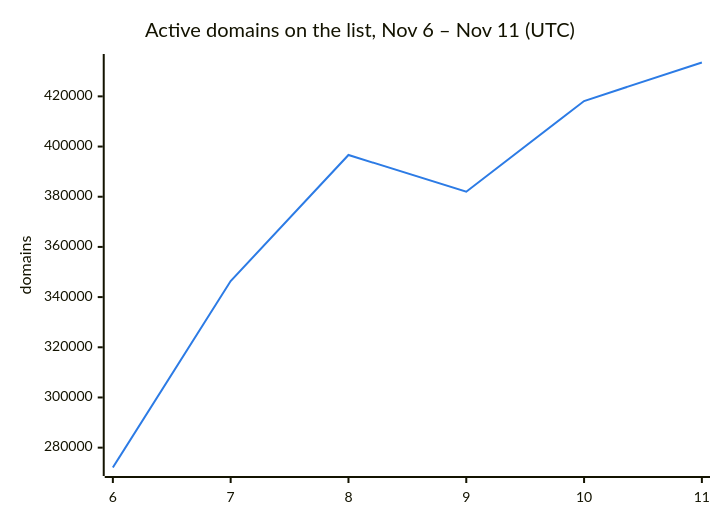
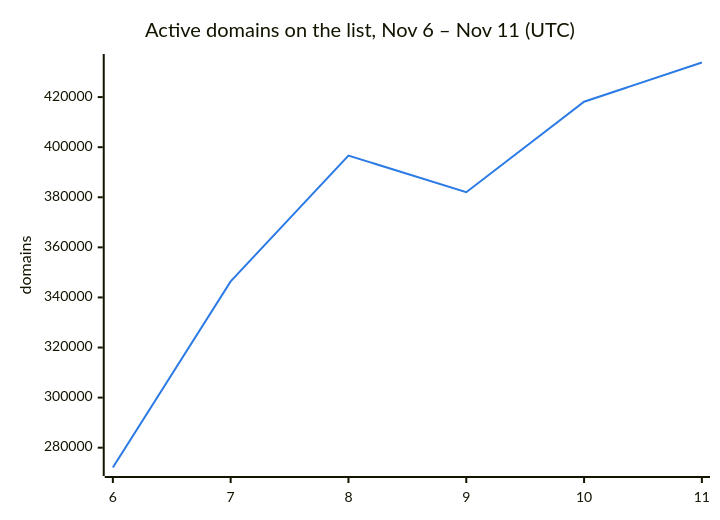
Before and after one commit to DNSBunker/CTI: the second of 3 diagrams in README.md, drawn with Mermaid. The commit also changed other lines of this file and 3 other files, not shown here.

````diff
--- a/README.md
+++ b/README.md
@@ -38,8 +38,8 @@
 ```mermaid
 %%{init: {"themeVariables": {"xyChart": {"plotColorPalette": "#2c7be5"}}}}%%
 xychart-beta
     title "Active domains on the list, Nov 6 – Nov 11 (UTC)"
     x-axis ["6", "7", "8", "9", "10", "11"]
     y-axis "domains"
-    line [272088, 346388, 396638, 382009, 418143, 433496]
+    line [272088, 346388, 396638, 382009, 418143, 433816]
 ```
````
